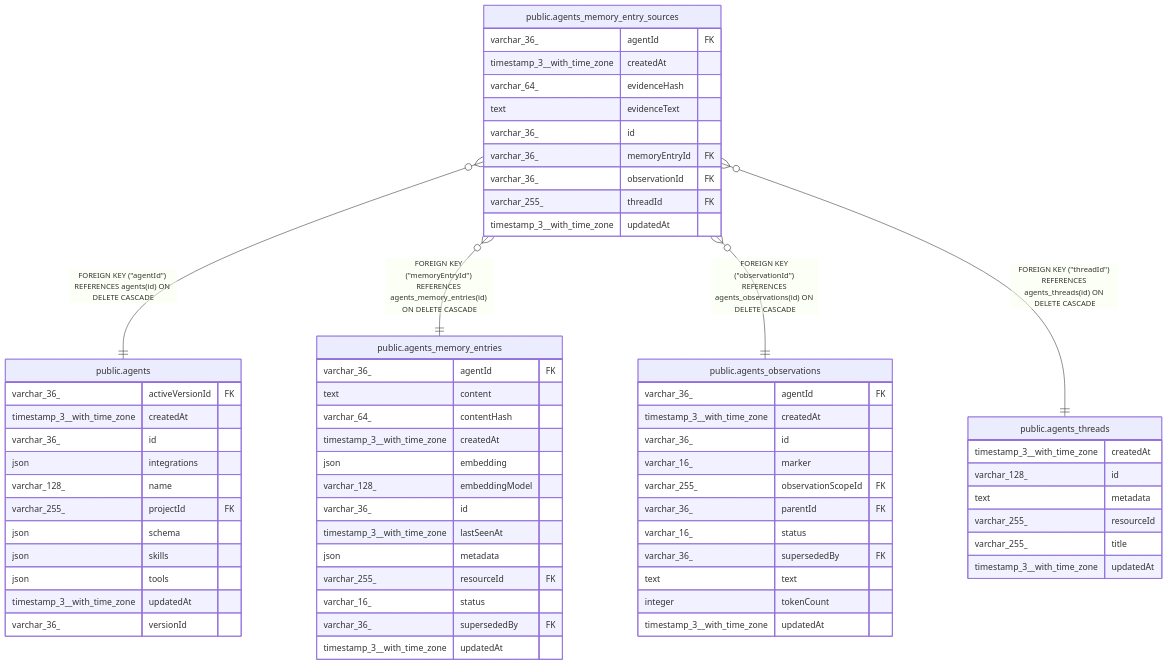
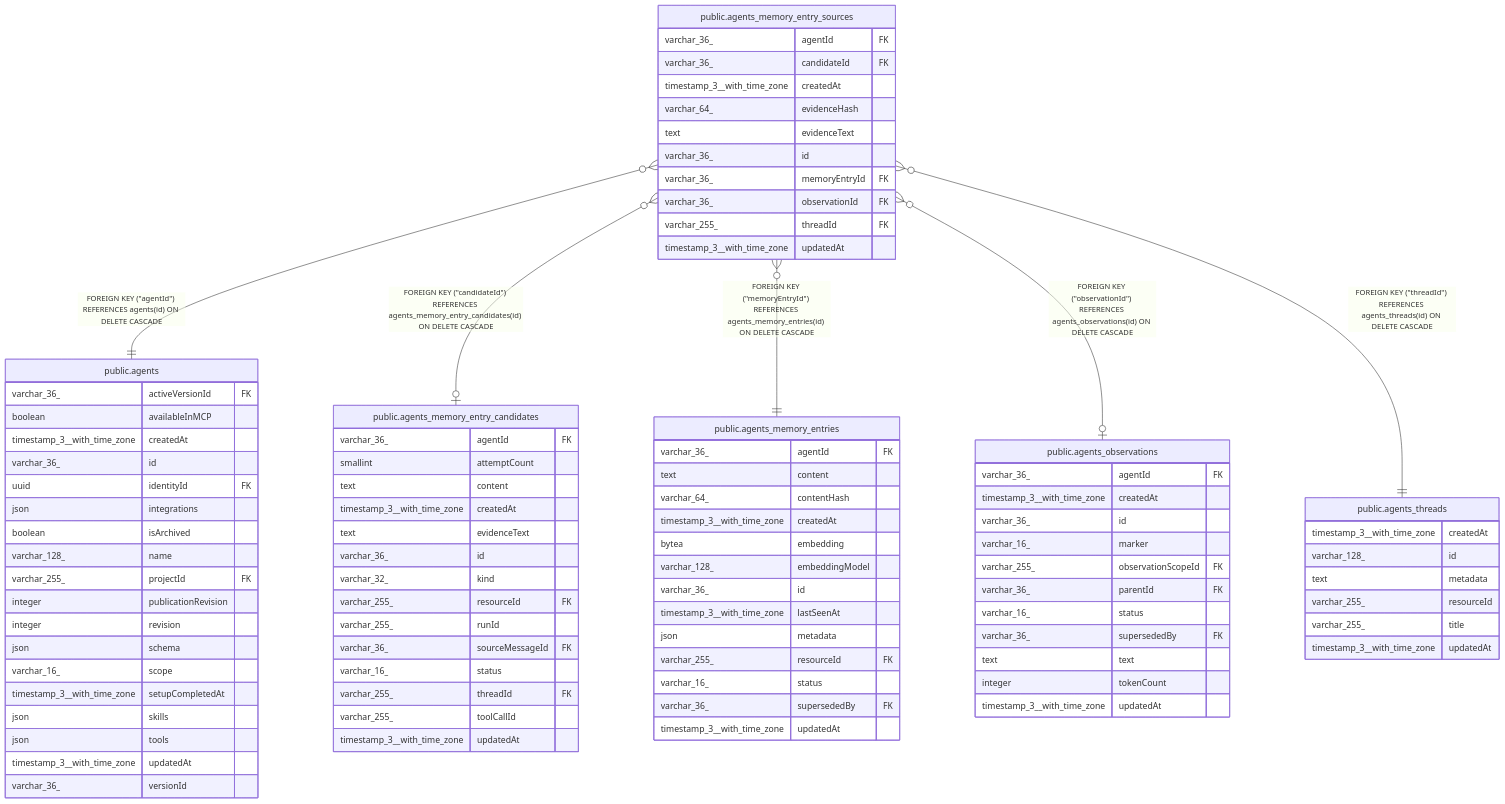
Before and after one commit to koreatest12/studys: the diagram in n8n_integration/n8n_source/docs/generated/postgres-schema/public.agents_memory_entry_sources.md, drawn with Mermaid. The commit also changed other lines of this file and 23019 other files, not shown here.

```diff
--- a/n8n_integration/n8n_source/docs/generated/postgres-schema/public.agents_memory_entry_sources.md
+++ b/n8n_integration/n8n_source/docs/generated/postgres-schema/public.agents_memory_entry_sources.md
@@ -49,12 +53,14 @@
 erDiagram
 
 "public.agents_memory_entry_sources" }o--|| "public.agents" : "FOREIGN KEY (#quot;agentId#quot;) REFERENCES agents(id) ON DELETE CASCADE"
+"public.agents_memory_entry_sources" }o--o| "public.agents_memory_entry_candidates" : "FOREIGN KEY (#quot;candidateId#quot;) REFERENCES agents_memory_entry_candidates(id) ON DELETE CASCADE"
 "public.agents_memory_entry_sources" }o--|| "public.agents_memory_entries" : "FOREIGN KEY (#quot;memoryEntryId#quot;) REFERENCES agents_memory_entries(id) ON DELETE CASCADE"
-"public.agents_memory_entry_sources" }o--|| "public.agents_observations" : "FOREIGN KEY (#quot;observationId#quot;) REFERENCES agents_observations(id) ON DELETE CASCADE"
+"public.agents_memory_entry_sources" }o--o| "public.agents_observations" : "FOREIGN KEY (#quot;observationId#quot;) REFERENCES agents_observations(id) ON DELETE CASCADE"
 "public.agents_memory_entry_sources" }o--|| "public.agents_threads" : "FOREIGN KEY (#quot;threadId#quot;) REFERENCES agents_threads(id) ON DELETE CASCADE"
 
 "public.agents_memory_entry_sources" {
   varchar_36_ agentId FK
+  varchar_36_ candidateId FK
   timestamp_3__with_time_zone createdAt
   varchar_64_ evidenceHash
   text evidenceText
@@ -66,23 +72,46 @@
 }
 "public.agents" {
   varchar_36_ activeVersionId FK
+  boolean availableInMCP
   timestamp_3__with_time_zone createdAt
   varchar_36_ id
+  uuid identityId FK
   json integrations
+  boolean isArchived
   varchar_128_ name
   varchar_255_ projectId FK
+  integer publicationRevision
+  integer revision
   json schema
+  varchar_16_ scope
+  timestamp_3__with_time_zone setupCompletedAt
   json skills
   json tools
   timestamp_3__with_time_zone updatedAt
   varchar_36_ versionId
+}
+"public.agents_memory_entry_candidates" {
+  varchar_36_ agentId FK
+  smallint attemptCount
+  text content
+  timestamp_3__with_time_zone createdAt
+  text evidenceText
+  varchar_36_ id
+  varchar_32_ kind
+  varchar_255_ resourceId FK
+  varchar_255_ runId
+  varchar_36_ sourceMessageId FK
+  varchar_16_ status
+  varchar_255_ threadId FK
+  varchar_255_ toolCallId
+  timestamp_3__with_time_zone updatedAt
 }
 "public.agents_memory_entries" {
   varchar_36_ agentId FK
   text content
   varchar_64_ contentHash
   timestamp_3__with_time_zone createdAt
-  json embedding
+  bytea embedding
   varchar_128_ embeddingModel
   varchar_36_ id
   timestamp_3__with_time_zone lastSeenAt
```
